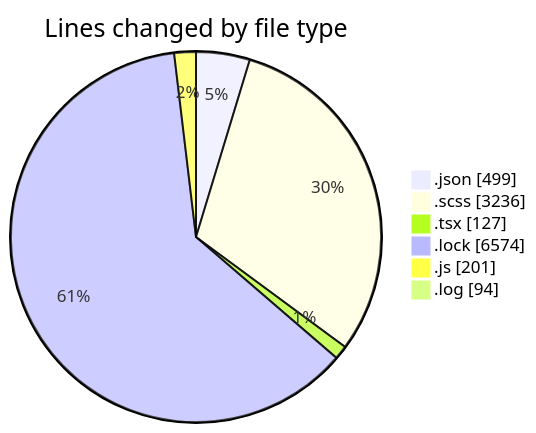
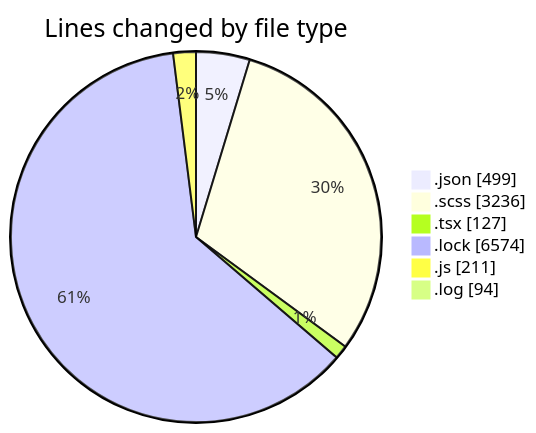
One commit to momahboobian/code-tracking changed the first of 2 diagrams in 2026-08-11/cda/README.md. Above: the diagram before and after it, drawn with Mermaid. The commit also changed other lines of this file and 1 other file, not shown here.

````diff
--- a/2026-08-11/cda/README.md
+++ b/2026-08-11/cda/README.md
@@ -39,10 +39,10 @@
 ```mermaid
 pie showData
 title Lines changed by file type
 ".json" : 499
 ".scss" : 3236
 ".tsx" : 127
 ".lock" : 6574
-".js" : 201
+".js" : 211
 ".log" : 94
 ```
````
